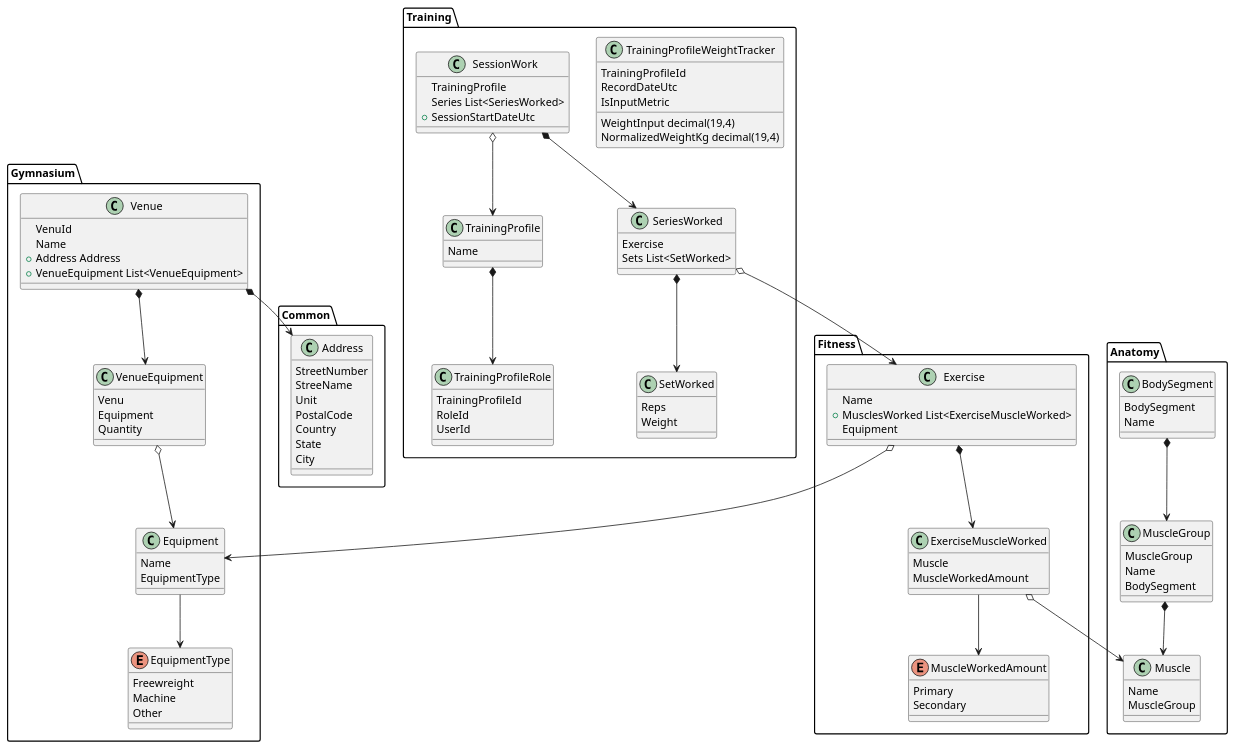
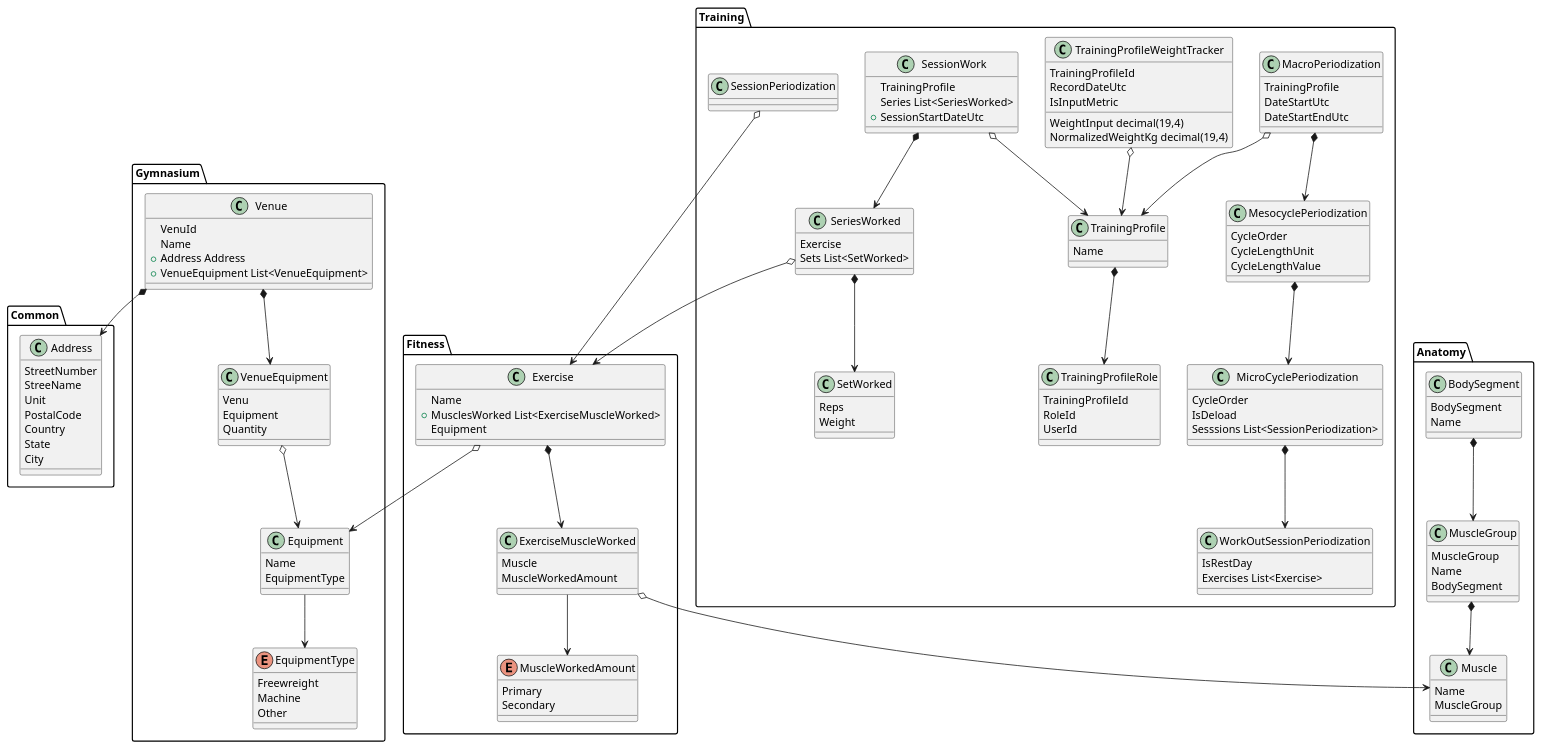
One commit to MatthewVRobertson/fortitutor-docs changed the diagram in Core.plantuml. Above: the diagram before and after it, drawn with PlantUML.

Commit message:
Uml Class Model

```diff
--- a/Core.plantuml
+++ b/Core.plantuml
@@ -1,133 +1,167 @@
 @startuml
 
 package Anatomy {
     class MuscleGroup {
         MuscleGroup
         Name
         BodySegment
     }
 
     class Muscle {
         Name
         MuscleGroup
     }
 
     class BodySegment {
         BodySegment
         Name
     }
     
     BodySegment *--> MuscleGroup
     MuscleGroup *--> Muscle
 }
 
 package Fitness {
     class Exercise {
         Name
         + MusclesWorked List<ExerciseMuscleWorked>
         Equipment
     }
 
     class ExerciseMuscleWorked {
         Muscle
         MuscleWorkedAmount
     }
 
     enum MuscleWorkedAmount {
         Primary
         Secondary
     }
 
     Exercise *--> ExerciseMuscleWorked
     ExerciseMuscleWorked --> MuscleWorkedAmount
     ExerciseMuscleWorked o--> Anatomy.Muscle
 }
 
 Fitness.Exercise o--> Gymnasium.Equipment
 
 package Training {
     class TrainingProfile {
         Name
     }
 
+    class MacroPeriodization
+    {
+        TrainingProfile
+        DateStartUtc
+        DateStartEndUtc
+    }
+
+    class MesocyclePeriodization
+    {
+        CycleOrder        
+        CycleLengthUnit
+        CycleLengthValue
+    }
+
+    class MicroCyclePeriodization
+    {
+        CycleOrder
+        IsDeload        
+        Sesssions List<SessionPeriodization>
+    }
+
+    class WorkOutSessionPeriodization
+    {
+        IsRestDay
+        Exercises List<Exercise> 
+    }
+
+    MacroPeriodization *--> MesocyclePeriodization     
+    MesocyclePeriodization *--> MicroCyclePeriodization
+    MicroCyclePeriodization *--> WorkOutSessionPeriodization
+
     class TrainingProfileWeightTracker {
         TrainingProfileId
         RecordDateUtc
         WeightInput decimal(19,4)
         IsInputMetric
         NormalizedWeightKg decimal(19,4)
     }
 
     class TrainingProfileRole {
         TrainingProfileId
         RoleId
         UserId
     }
 
     class SessionWork {
         TrainingProfile
         Series List<SeriesWorked>
         + SessionStartDateUtc
     }
 
     class SeriesWorked {
         Exercise
         Sets List<SetWorked>
     }
 
     class SetWorked {
         Reps
         Weight
     }
 
+    SessionPeriodization o--> Fitness.Exercise
+    TrainingProfileWeightTracker o--> TrainingProfile
+    MacroPeriodization o--> TrainingProfile
     TrainingProfile *--> TrainingProfileRole
     SessionWork o--> TrainingProfile
     SessionWork *--> SeriesWorked
     SeriesWorked *--> SetWorked
 }
 
 Training.SeriesWorked o--> Fitness.Exercise
 
 package Gymnasium {
     class Venue {
         VenuId
         Name  
         + Address Address      
         + VenueEquipment List<VenueEquipment>
     }
 
     class VenueEquipment {
         Venu
         Equipment
         Quantity
     }
 
     class Equipment {
         Name
         EquipmentType
     }
 
     enum EquipmentType {
         Freewreight
         Machine
         Other
     }
     
     Venue *--> VenueEquipment
     VenueEquipment o--> Equipment
     Equipment --> EquipmentType
 }
 Venue *--> Common.Address
 
 package Common {
     class Address {
         StreetNumber
         StreeName
         Unit
         PostalCode
         Country
         State
         City
     }
 }
 @enduml
```
